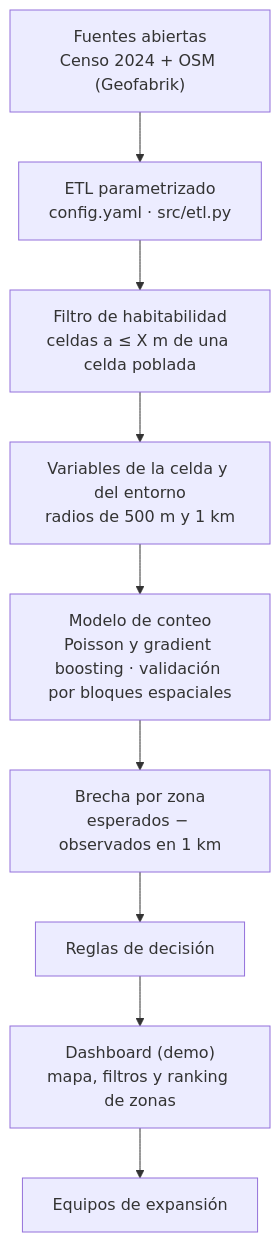
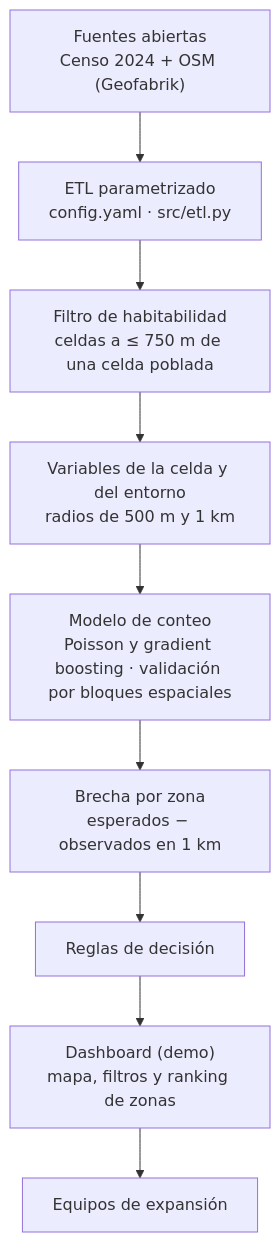
One commit to MateoJr182/supermarket-location-analytics changed the diagram in README.md. Above: the diagram before and after it, drawn with Mermaid. The commit also changed other lines of this file and 15 other files, not shown here.

Commit message:
Filtro de celdas inhabitables (X = 750 m) y variables de entorno

````diff
--- a/README.md
+++ b/README.md
@@ -84,11 +96,11 @@
 ```mermaid
 flowchart TD
     A["Fuentes abiertas<br/>Censo 2024 + OSM (Geofabrik)"] --> B["ETL parametrizado<br/>config.yaml · src/etl.py"]
-    B --> C["Filtro de habitabilidad<br/>celdas a ≤ X m de una celda poblada"]
+    B --> C["Filtro de habitabilidad<br/>celdas a ≤ 750 m de una celda poblada"]
     C --> D["Variables de la celda y del entorno<br/>radios de 500 m y 1 km"]
     D --> E["Modelo de conteo<br/>Poisson y gradient boosting · validación por bloques espaciales"]
     E --> F["Brecha por zona<br/>esperados − observados en 1 km"]
     F --> G["Reglas de decisión"]
     G --> H["Dashboard (demo)<br/>mapa, filtros y ranking de zonas"]
     H --> I["Equipos de expansión"]
 ```
````
